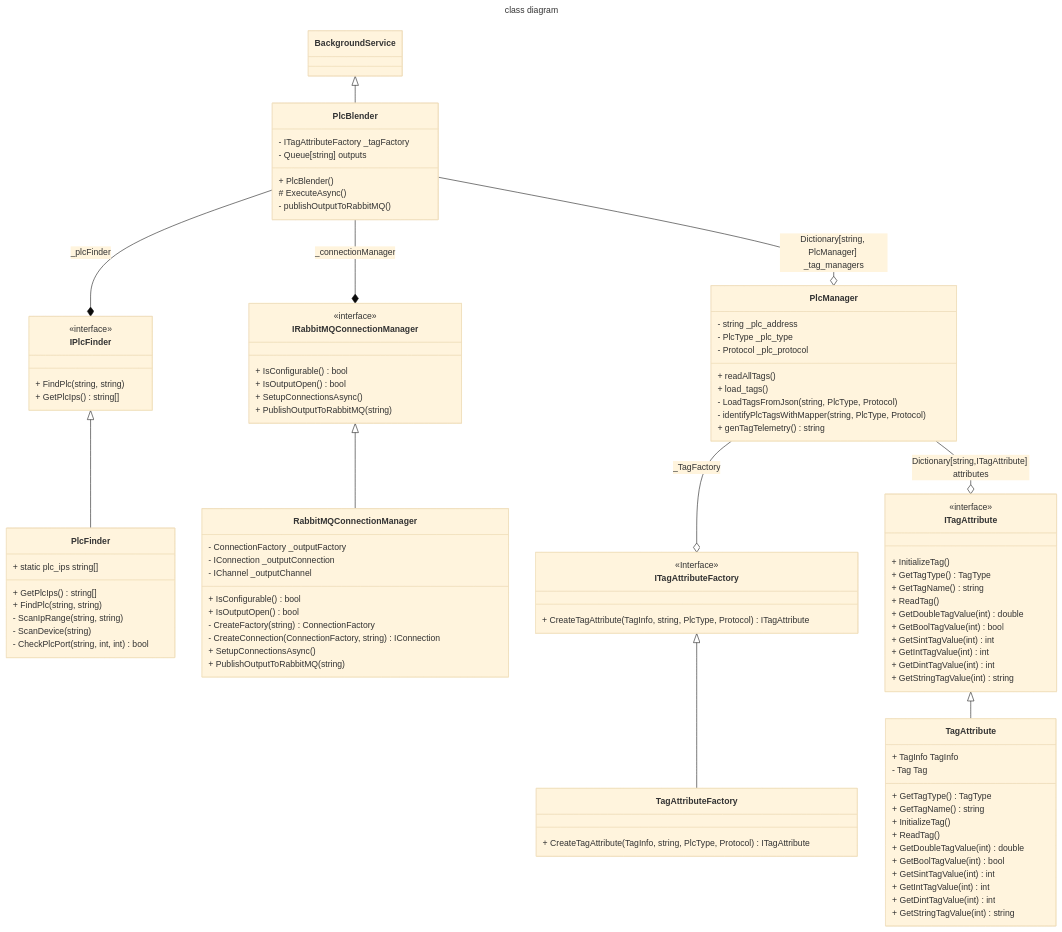
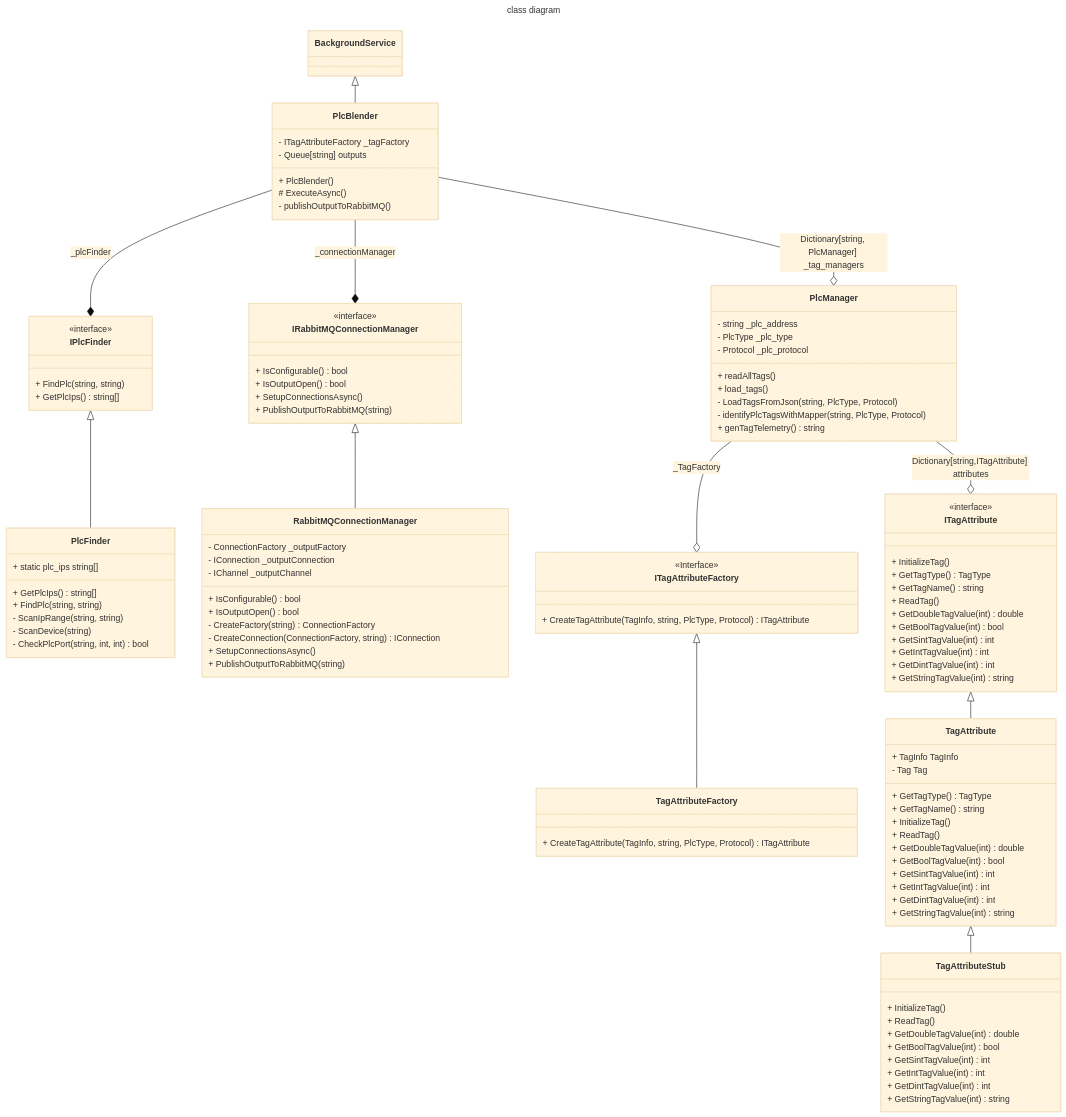
One commit to DJTakushi/ab_blender changed the second of 2 diagrams in readme.md. Above: the diagram before and after it, drawn with Mermaid (base theme).

Commit message:
TagAttributeStub

````diff
--- a/readme.md
+++ b/readme.md
@@ -142,4 +142,15 @@
   + GetDintTagValue(int) int
   + GetStringTagValue(int) string
 }
+TagAttribute <|-- TagAttributeStub
+class TagAttributeStub {
+  + InitializeTag()
+  + ReadTag()
+  + GetDoubleTagValue(int) double
+  + GetBoolTagValue(int) bool
+  + GetSintTagValue(int) int
+  + GetIntTagValue(int) int
+  + GetDintTagValue(int) int
+  + GetStringTagValue(int) string
+}
 ```
````
